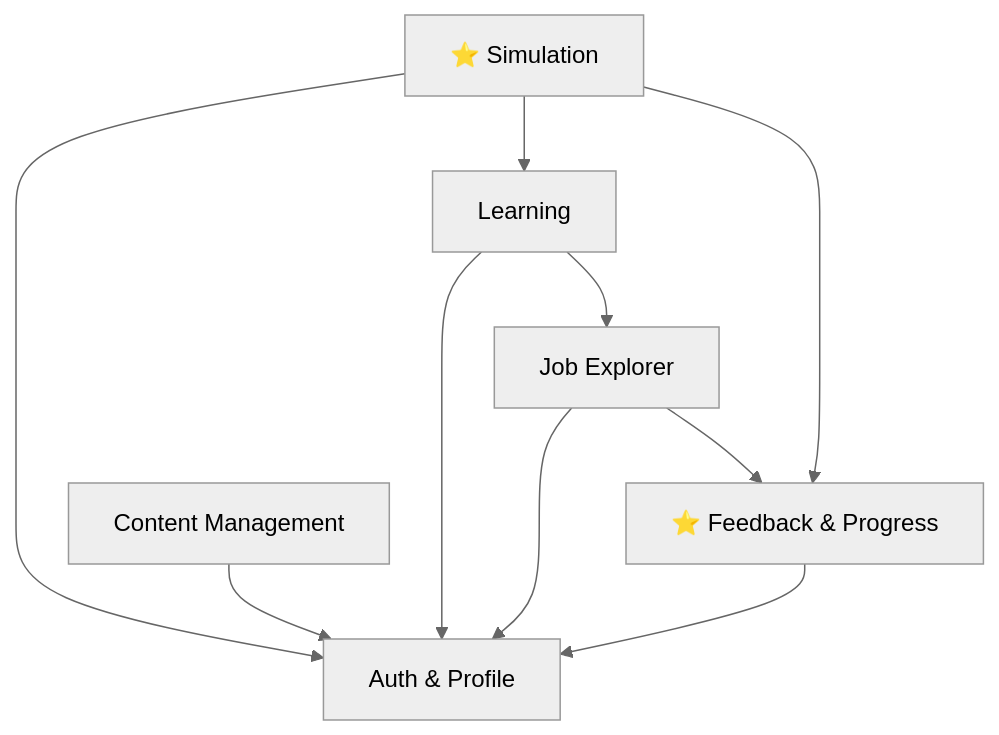
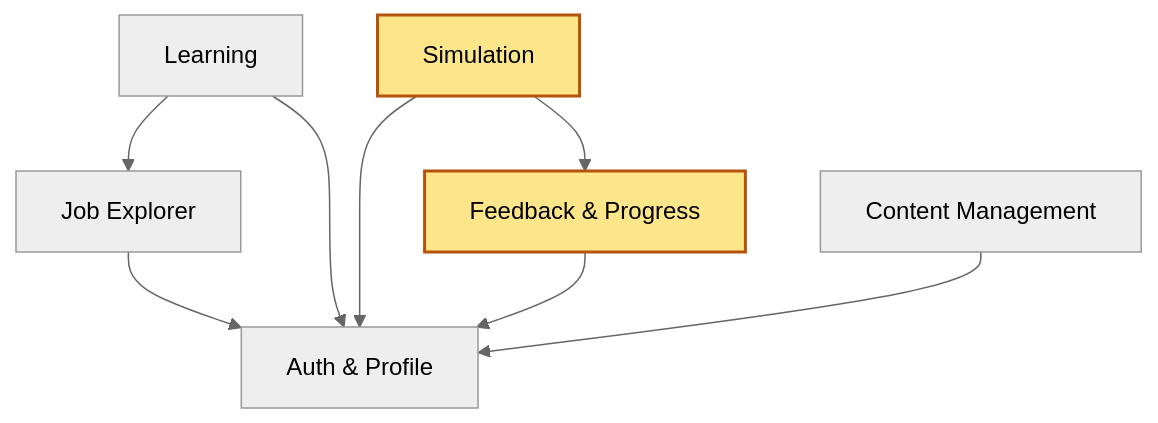
The diagram in docs/D2.md (AZZAMAF/Belajar.id_UAS_SDF), drawn with Mermaid (neutral theme) before and after one commit. The commit also changed other lines of this file, not shown here.

````diff
--- a/docs/D2.md
+++ b/docs/D2.md
@@ -81,19 +82,20 @@
 ```mermaid
 flowchart TD
     AUTH[Auth & Profile]
     JOB[Job Explorer]
     LRN[Learning]
-    SIM[⭐ Simulation]
-    FP[⭐ Feedback & Progress]
+    SIM[Simulation]
+    FP[Feedback & Progress]
     CM[Content Management]
 
     JOB --> AUTH
-    JOB --> FP
     LRN --> AUTH
     LRN --> JOB
     SIM --> AUTH
-    SIM --> LRN
     SIM --> FP
     FP --> AUTH
     CM --> AUTH
+
+    classDef core fill:#fde68a,stroke:#b45309,stroke-width:2px,color:#000;
+    class SIM,FP core;
 ```
````
